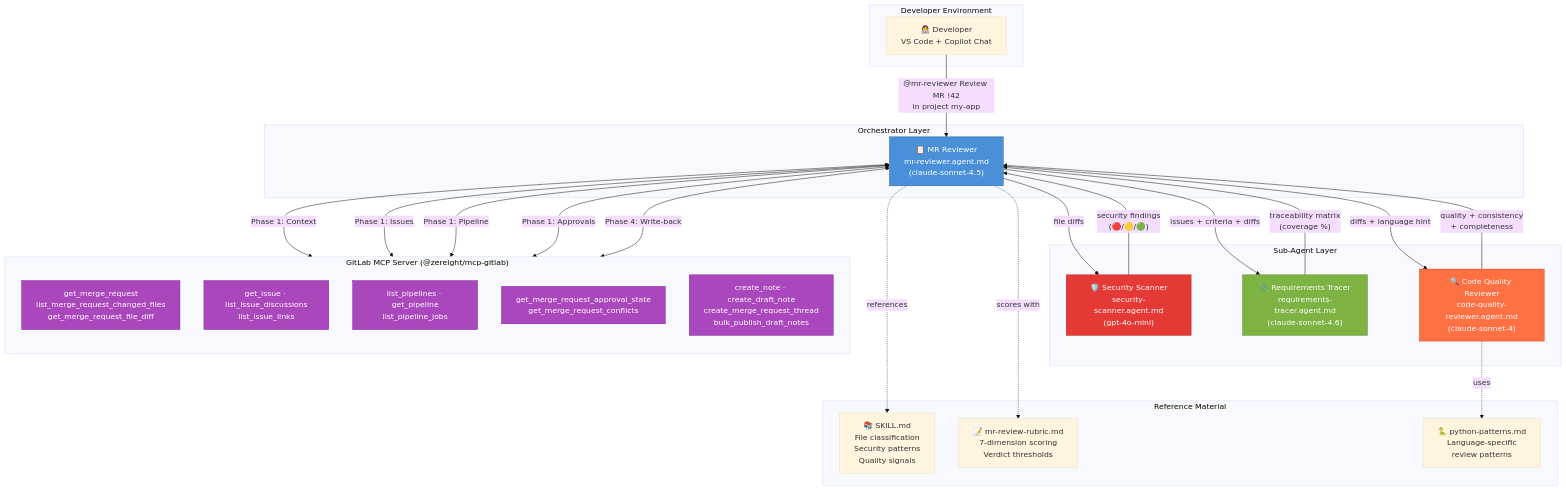
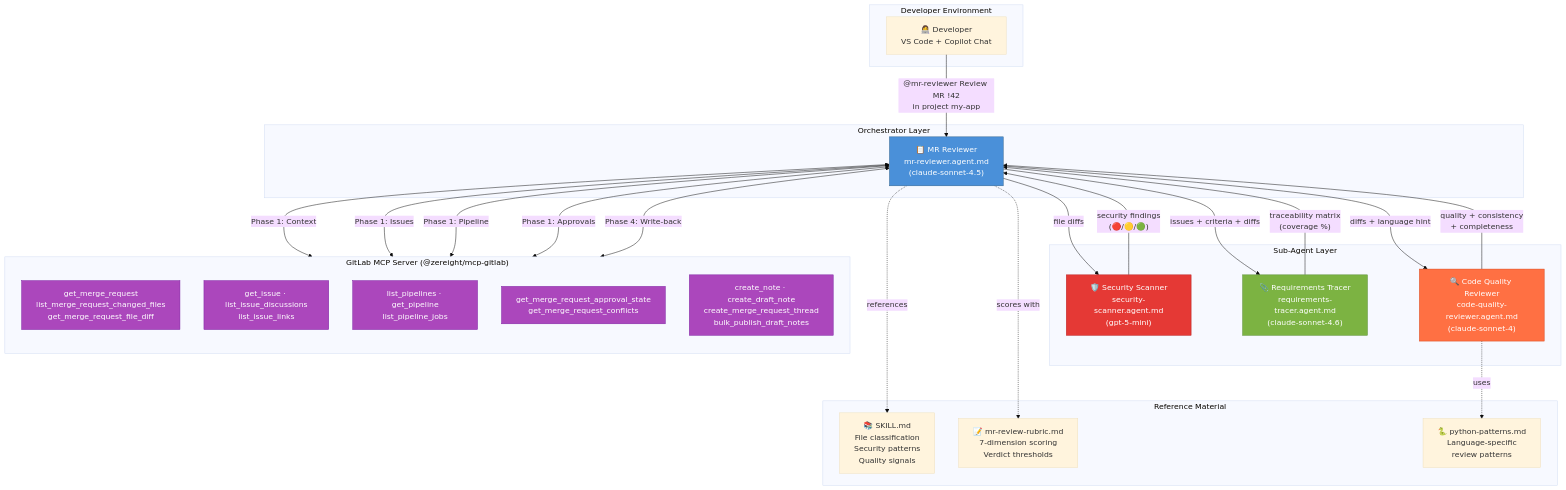
The first of 9 diagrams in docs/mr-reviewer.md (imvenkata/sdlc-toolkit), drawn with Mermaid (base theme) before and after one commit. The commit also changed other lines of this file and 11 other files, not shown here.

````diff
--- a/docs/mr-reviewer.md
+++ b/docs/mr-reviewer.md
@@ -23,60 +23,60 @@
 ```mermaid
 graph TB
     subgraph "Developer Environment"
         DEV["👩‍💻 Developer<br/>VS Code + Copilot Chat"]
     end
 
     subgraph "Orchestrator Layer"
         MR["📋 MR Reviewer<br/>mr-reviewer.agent.md<br/>(claude-sonnet-4.5)"]
     end
 
     subgraph "Sub-Agent Layer"
-        SS["🛡️ Security Scanner<br/>security-scanner.agent.md<br/>(gpt-4o-mini)"]
+        SS["🛡️ Security Scanner<br/>security-scanner.agent.md<br/>(gpt-5-mini)"]
         RT["📎 Requirements Tracer<br/>requirements-tracer.agent.md<br/>(claude-sonnet-4.6)"]
         CQ["🔍 Code Quality Reviewer<br/>code-quality-reviewer.agent.md<br/>(claude-sonnet-4)"]
     end
 
     subgraph "GitLab MCP Server (@zereight/mcp-gitlab)"
         direction TB
         MCP_MR["get_merge_request<br/>list_merge_request_changed_files<br/>get_merge_request_file_diff"]
         MCP_IS["get_issue · list_issue_discussions<br/>list_issue_links"]
         MCP_CI["list_pipelines · get_pipeline<br/>list_pipeline_jobs"]
         MCP_AP["get_merge_request_approval_state<br/>get_merge_request_conflicts"]
         MCP_WB["create_note · create_draft_note<br/>create_merge_request_thread<br/>bulk_publish_draft_notes"]
     end
 
     subgraph "Reference Material"
         SK["📚 SKILL.md<br/>File classification<br/>Security patterns<br/>Quality signals"]
         RB["📝 mr-review-rubric.md<br/>7-dimension scoring<br/>Verdict thresholds"]
         PP["🐍 python-patterns.md<br/>Language-specific<br/>review patterns"]
     end
 
     DEV -->|"@mr-reviewer Review MR !42<br/>in project my-app"| MR
 
     MR -->|"file diffs"| SS
     MR -->|"issues + criteria + diffs"| RT
     MR -->|"diffs + language hint"| CQ
     SS -->|"security findings<br/>(🔴/🟡/🟢)"| MR
     RT -->|"traceability matrix<br/>(coverage %)"| MR
     CQ -->|"quality + consistency<br/>+ completeness"| MR
 
     MR <-->|"Phase 1: Context"| MCP_MR
     MR <-->|"Phase 1: Issues"| MCP_IS
     MR <-->|"Phase 1: Pipeline"| MCP_CI
     MR <-->|"Phase 1: Approvals"| MCP_AP
     MR <-->|"Phase 4: Write-back"| MCP_WB
 
     MR -.->|"references"| SK
     MR -.->|"scores with"| RB
     CQ -.->|"uses"| PP
 
     style MR fill:#4A90D9,stroke:#2C5F8A,color:#fff
     style SS fill:#E53935,stroke:#B71C1C,color:#fff
     style RT fill:#7CB342,stroke:#558B2F,color:#fff
     style CQ fill:#FF7043,stroke:#D84315,color:#fff
     style MCP_MR fill:#AB47BC,stroke:#7B1FA2,color:#fff
     style MCP_IS fill:#AB47BC,stroke:#7B1FA2,color:#fff
     style MCP_CI fill:#AB47BC,stroke:#7B1FA2,color:#fff
     style MCP_AP fill:#AB47BC,stroke:#7B1FA2,color:#fff
     style MCP_WB fill:#AB47BC,stroke:#7B1FA2,color:#fff
 ```
````
